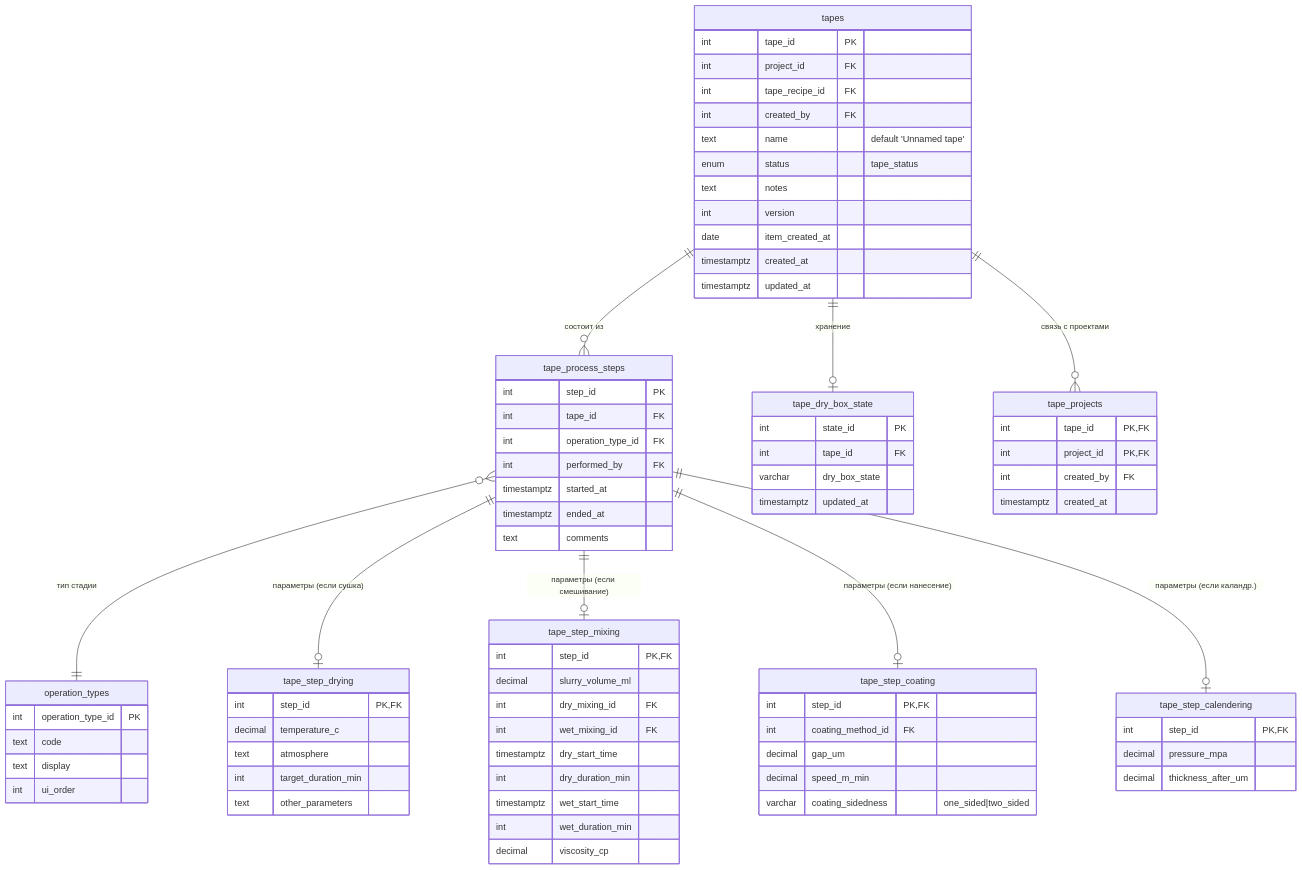
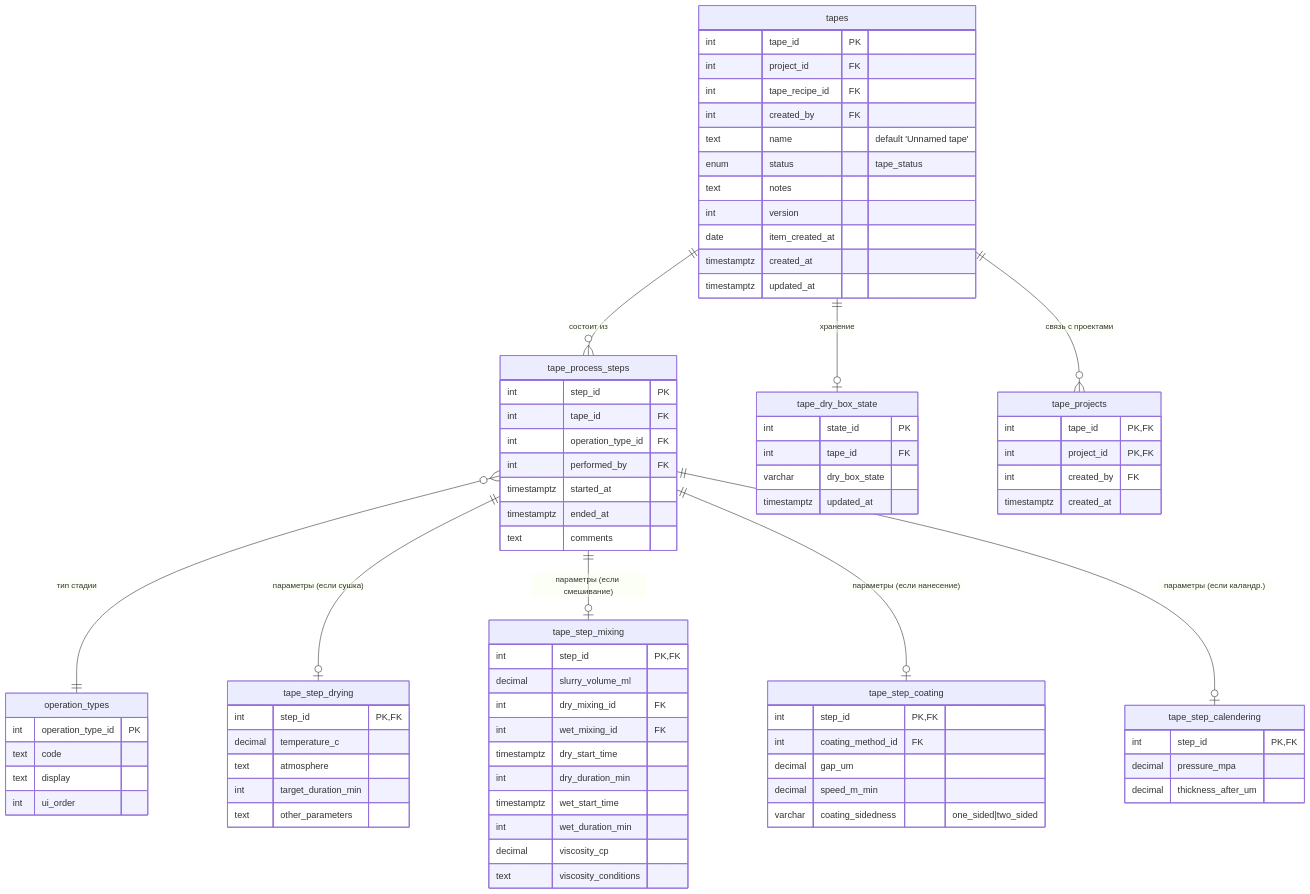
One commit to chem-coder/BADB---Battery-Assembly-Database changed the sixth of 16 diagrams in Документация ЕСПД/03. Пояснительная записка.md. Above: the diagram before and after it, drawn with Mermaid. The commit also changed other lines of this file and 28 other files, not shown here.

Commit message:
Add viscosity measurement conditions

```diff
--- a/Документация ЕСПД/03. Пояснительная записка.md
+++ b/Документация ЕСПД/03. Пояснительная записка.md
@@ -517,6 +517,7 @@
         timestamptz wet_start_time
         int wet_duration_min
         decimal viscosity_cp
+        text viscosity_conditions
     }
     tape_step_coating {
         int step_id PK,FK
```
